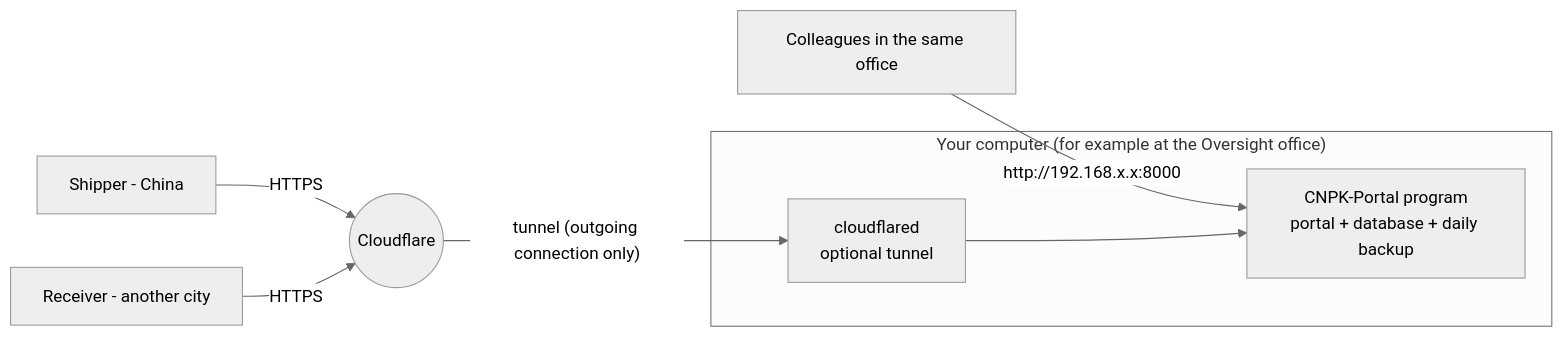
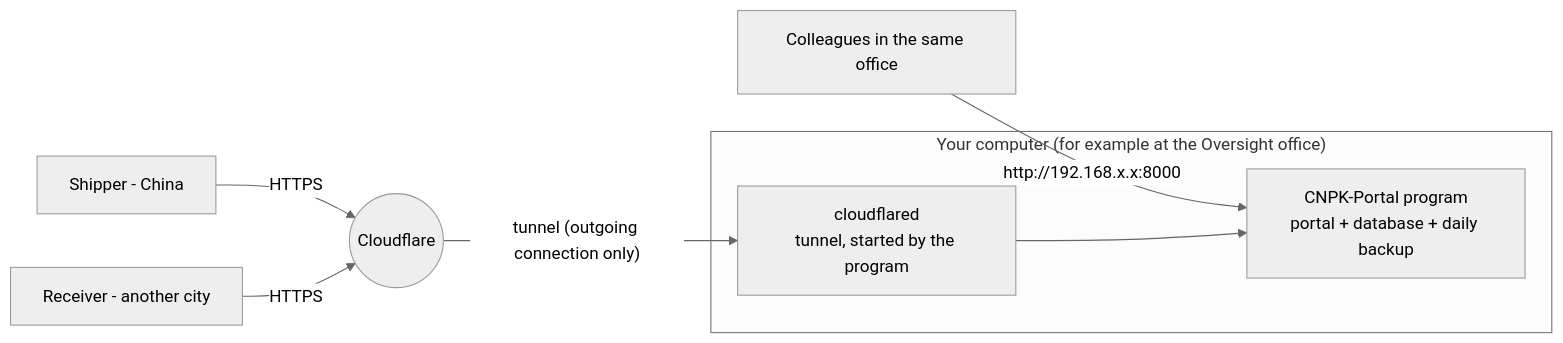
Before and after one commit to khubaib98/supplychainsw: the diagram in docs/05-run-on-your-computer.md, drawn with Mermaid (neutral theme). The commit also changed other lines of this file and 24 other files, not shown here.

````diff
--- a/docs/05-run-on-your-computer.md
+++ b/docs/05-run-on-your-computer.md
@@ -18,11 +19,11 @@
 ```mermaid
 flowchart LR
   subgraph PC["Your computer (for example at the Oversight office)"]
     P[CNPK-Portal program<br/>portal + database + daily backup]
-    T[cloudflared<br/>optional tunnel]
+    T[cloudflared<br/>tunnel, started by the program]
   end
   O[Colleagues in the same office] -- "http://192.168.x.x:8000" --> P
   S[Shipper - China] -- HTTPS --> CF((Cloudflare))
   R[Receiver - another city] -- HTTPS --> CF
   CF -- "tunnel (outgoing connection only)" --> T --> P
 ```
````
